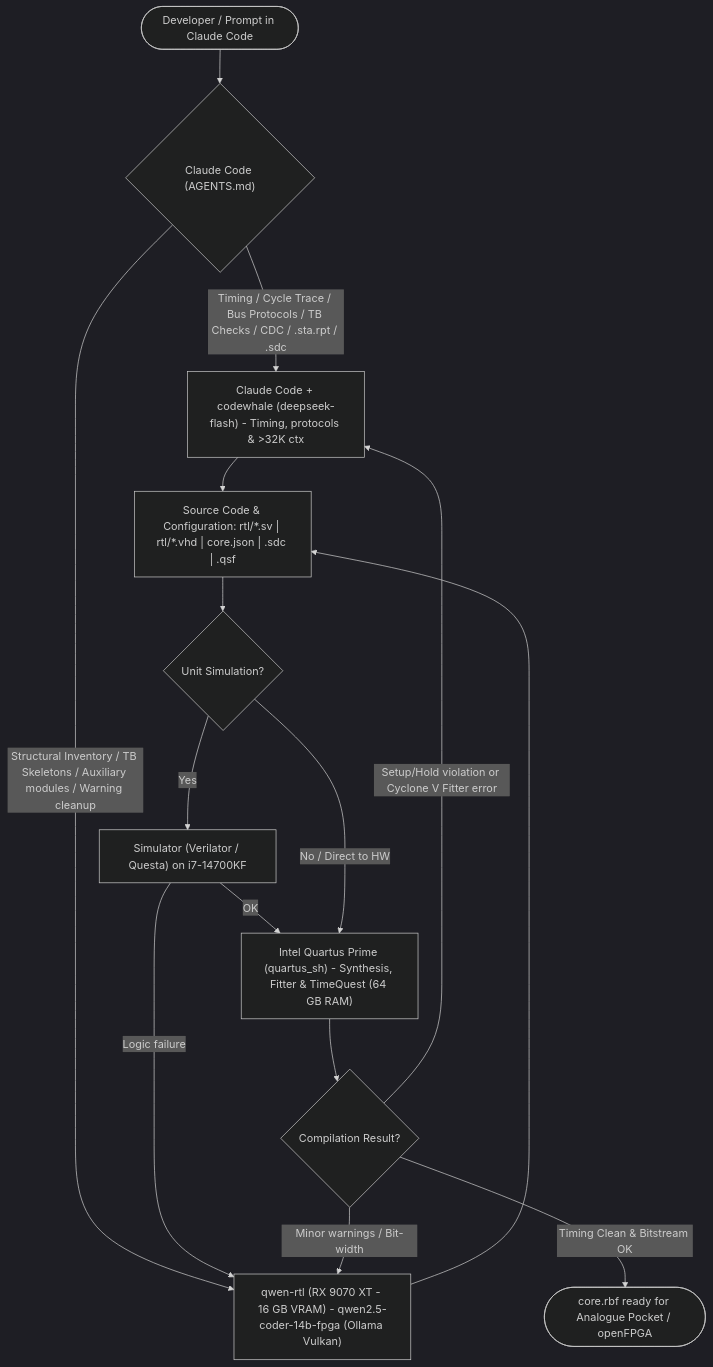
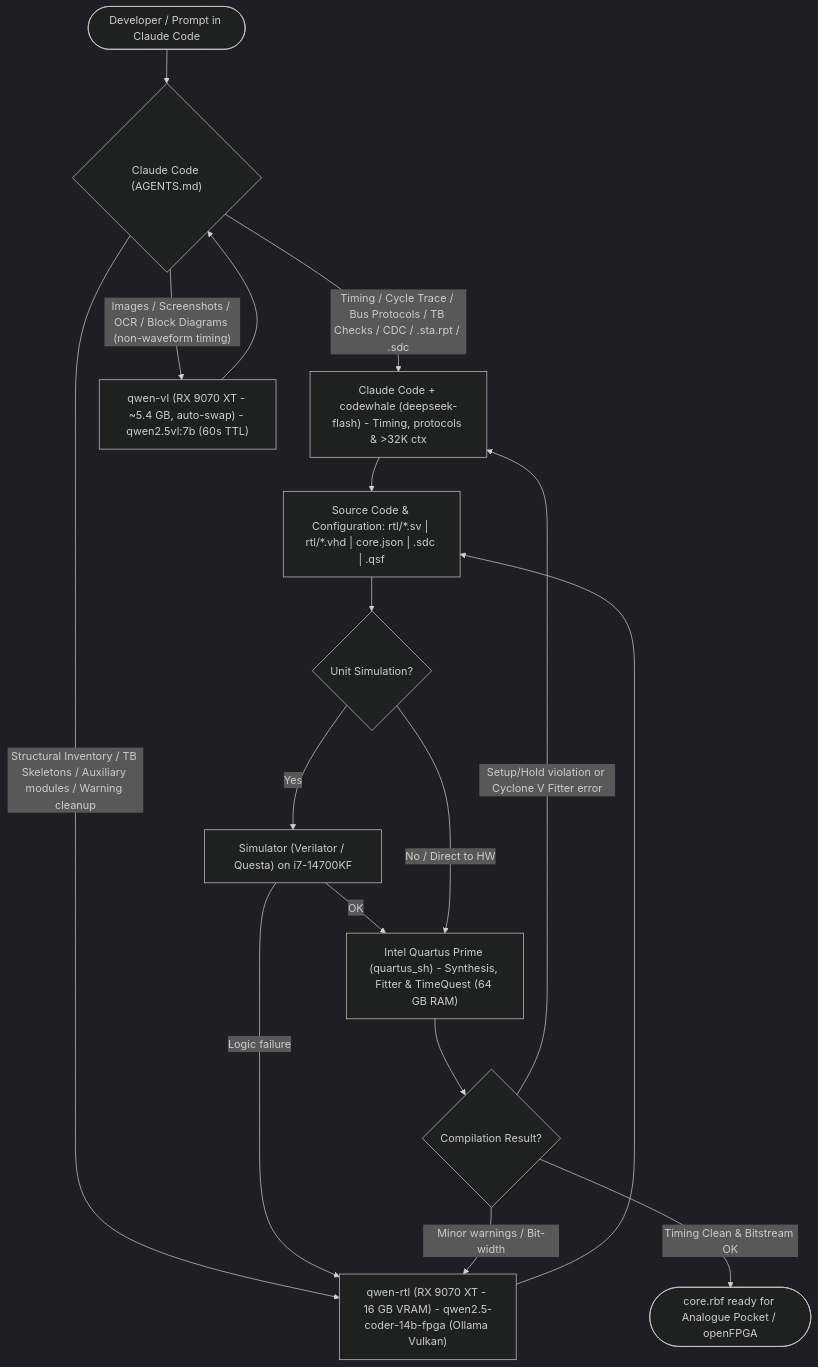
Before and after one commit to DanimanX/9070FpgaIAWorkflow: the third of 3 diagrams in docs/ai-fpga-workflow.md, drawn with Mermaid (dark theme). The commit also changed other lines of this file and 1 other file, not shown here.

Commit message:
docs: add qwen-vl to architecture and workflow Mermaid diagrams

````diff
--- a/docs/ai-fpga-workflow.md
+++ b/docs/ai-fpga-workflow.md
@@ -88,27 +96,29 @@
 ```mermaid
 flowchart TD
     Dev(["Developer / Prompt in Claude Code"]) --> Claude{"Claude Code (AGENTS.md)"}
 
     %% Cloud / Architect Branch
     Claude -->|"Timing / Cycle Trace / Bus Protocols / TB Checks / CDC / .sta.rpt / .sdc"| Arch["Claude Code + codewhale (deepseek-flash) - Timing, protocols & >32K ctx"]
 
-    %% Local Branch
+    %% Local Branches
     Claude -->|"Structural Inventory / TB Skeletons / Auxiliary modules / Warning cleanup"| Local["qwen-rtl (RX 9070 XT - 16 GB VRAM) - qwen2.5-coder-14b-fpga (Ollama Vulkan)"]
+    Claude -->|"Images / Screenshots / OCR / Block Diagrams (non-waveform timing)"| LocalVL["qwen-vl (RX 9070 XT - ~5.4 GB, auto-swap) - qwen2.5vl:7b (60s TTL)"]
+    LocalVL --> Claude
 
     %% Convergence in code
     Arch --> RTL["Source Code & Configuration: rtl/*.sv | rtl/*.vhd | core.json | .sdc | .qsf"]
     Local --> RTL
 
     %% Verification & Synthesis Flow
     RTL --> Sim{"Unit Simulation?"}
     Sim -->|"Yes"| Verilator["Simulator (Verilator / Questa) on i7-14700KF"]
     Verilator -->|"Logic failure"| Local
     Verilator -->|"OK"| Quartus
 
     Sim -->|"No / Direct to HW"| Quartus["Intel Quartus Prime (quartus_sh) - Synthesis, Fitter & TimeQuest (64 GB RAM)"]
 
     Quartus --> Check{"Compilation Result?"}
     Check -->|"Minor warnings / Bit-width"| Local
     Check -->|"Setup/Hold violation or Cyclone V Fitter error"| Arch
     Check -->|"Timing Clean & Bitstream OK"| Bitstream(["core.rbf ready for Analogue Pocket / openFPGA"])
 ```
````
